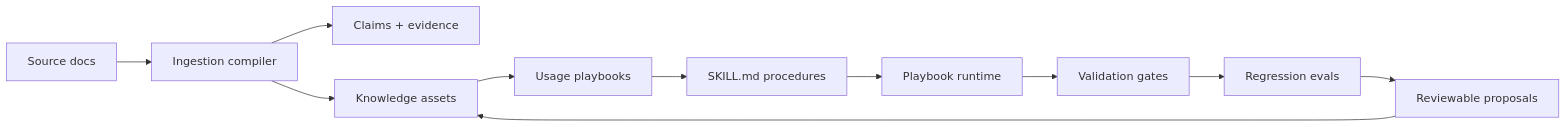
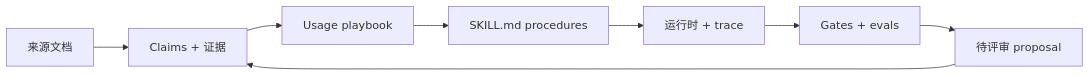
One commit to 2sao7sao/EvolveKB changed the diagram in README.zh.md. Above: the diagram before and after it, drawn with Mermaid. The commit also changed other lines of this file and 10 other files, not shown here.

````diff
--- a/README.zh.md
+++ b/README.zh.md
@@ -201,13 +56,10 @@
 ```mermaid
 flowchart LR
-  A["Source docs"] --> B["Ingestion compiler"]
-  B --> C["Claims + evidence"]
-  B --> D["Knowledge assets"]
-  D --> E["Usage playbooks"]
-  E --> F["SKILL.md procedures"]
-  F --> G["Playbook runtime"]
-  G --> H["Validation gates"]
-  H --> I["Regression evals"]
-  I --> J["Reviewable proposals"]
-  J --> D
+  A[来源文档] --> B[Claims + 证据]
+  B --> C[Usage playbook]
+  C --> D[SKILL.md procedures]
+  D --> E[运行时 + trace]
+  E --> F[Gates + evals]
+  F --> G[待评审 proposal]
+  G --> B
 ```
````
